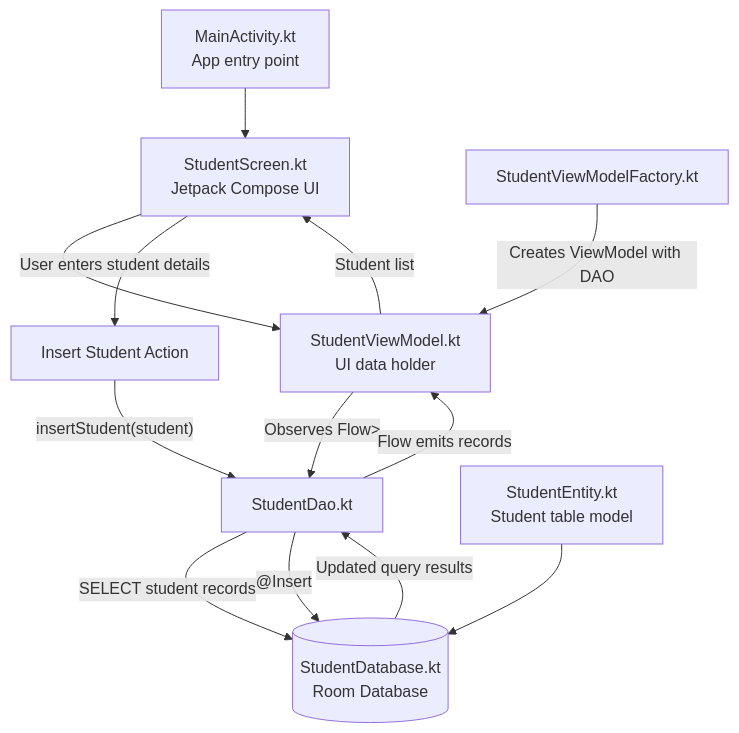
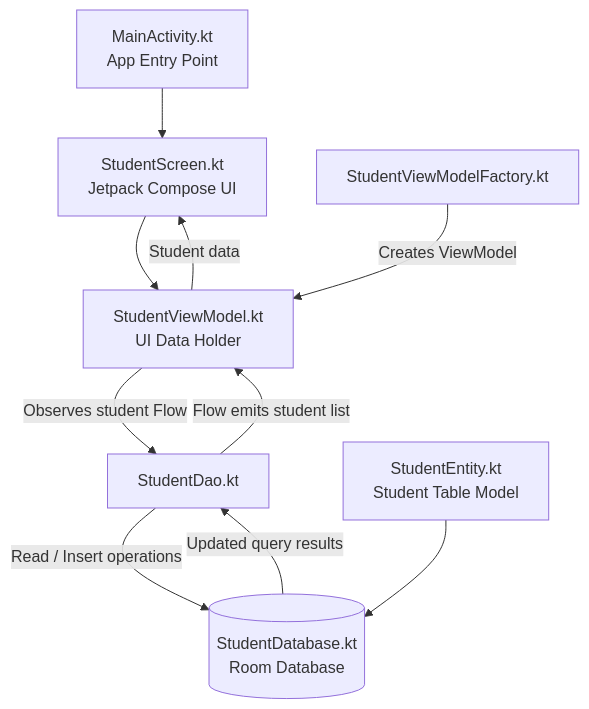
The diagram in README.md (sachin-gautam-12/Student-Directory-App), drawn with Mermaid before and after one commit. The commit also changed other lines of this file, not shown here.

````diff
--- a/README.md
+++ b/README.md
@@ -88,15 +68,12 @@
 ```mermaid
 flowchart TD
-    A["MainActivity.kt<br/>App entry point"] --> B["StudentScreen.kt<br/>Jetpack Compose UI"]
-    B --> C["StudentViewModel.kt<br/>UI data holder"]
-    G["StudentViewModelFactory.kt"] -->|"Creates ViewModel with DAO"| C
-    C -->|"Observes Flow<List<StudentEntity>>"| D["StudentDao.kt"]
-    D -->|"SELECT student records"| E[("StudentDatabase.kt<br/>Room Database")]
-    F["StudentEntity.kt<br/>Student table model"] --> E
-    B -->|"User enters student details"| H["Insert Student Action"]
-    H -->|"insertStudent(student)"| D
-    D -->|"@Insert"| E
+    A["MainActivity.kt<br/>App Entry Point"] --> B["StudentScreen.kt<br/>Jetpack Compose UI"]
+    B --> C["StudentViewModel.kt<br/>UI Data Holder"]
+    G["StudentViewModelFactory.kt"] -->|"Creates ViewModel"| C
+    C -->|"Observes student Flow"| D["StudentDao.kt"]
+    D -->|"Read / Insert operations"| E[("StudentDatabase.kt<br/>Room Database")]
+    F["StudentEntity.kt<br/>Student Table Model"] --> E
     E -->|"Updated query results"| D
-    D -->|"Flow emits records"| C
-    C -->|"Student list"| B
+    D -->|"Flow emits student list"| C
+    C -->|"Student data"| B
 ```
````
